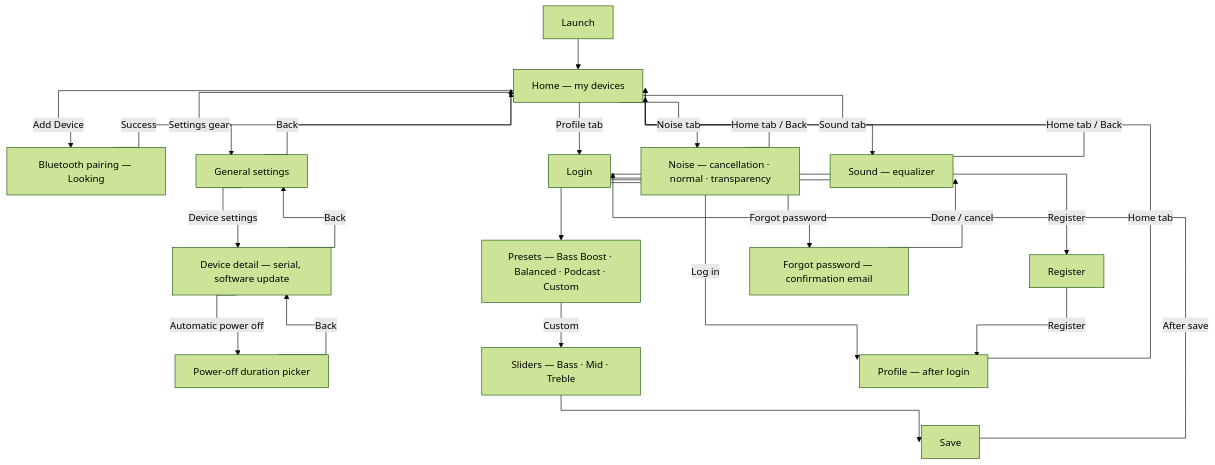
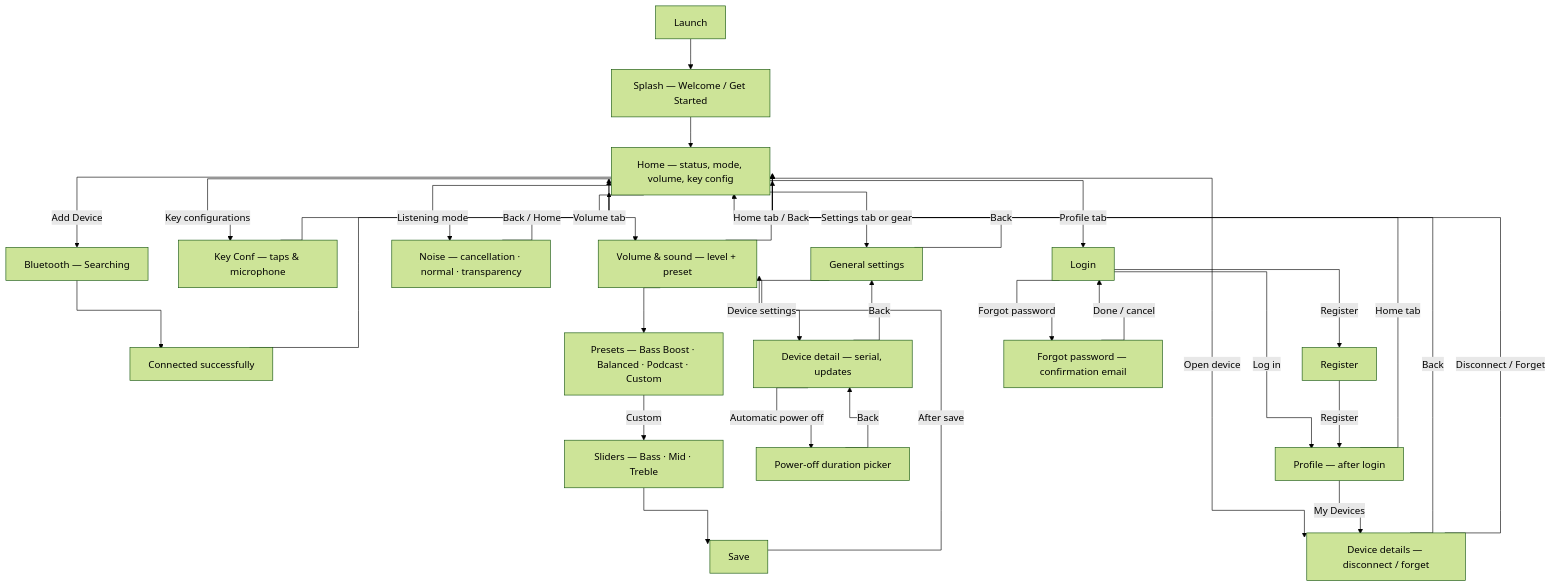
The diagram in docs/page-flows.md (yasinsez/ID-Ceng-Project), drawn with Mermaid (forest theme) before and after one commit. The commit also changed other lines of this file and 4 other files, not shown here.

````diff
--- a/docs/page-flows.md
+++ b/docs/page-flows.md
@@ -16,33 +20,43 @@
 ```mermaid
 %%{init: {"flowchart": {"curve": "stepAfter"}}}%%
 flowchart TD
-    A[Launch] --> HOME[Home — my devices]
+    A[Launch] --> SPL[Splash — Welcome / Get Started]
+    SPL --> HOME[Home — status, mode, volume, key config]
 
-    HOME -->|Add Device| BT[Bluetooth pairing — Looking]
-    BT -->|Success| HOME
+    HOME -->|Add Device| BT[Bluetooth — Searching]
+    BT --> OK[Connected successfully]
+    OK --> HOME
 
-    HOME -->|Settings gear| F[General settings]
-    F -->|Device settings| G[Device detail — serial, software update]
+    HOME -->|Key configurations| KC[Key Conf — taps & microphone]
+    KC --> HOME
+
+    HOME -->|Volume tab| VOL[Volume & sound — level + preset]
+    VOL --> SP[Presets — Bass Boost · Balanced · Podcast · Custom]
+    SP -->|Custom| SL[Sliders — Bass · Mid · Treble]
+    SL --> SV[Save]
+    SV -->|After save| VOL
+    VOL -->|Home tab / Back| HOME
+
+    HOME -->|Listening mode| NZ[Noise — cancellation · normal · transparency]
+    NZ -->|Back / Home| HOME
+
+    HOME -->|Settings tab or gear| F[General settings]
+    F -->|Device settings| G[Device detail — serial, updates]
     G -->|Automatic power off| H[Power-off duration picker]
     H -->|Back| G
     G -->|Back| F
     F -->|Back| HOME
-
-    HOME -->|Sound tab| SND[Sound — equalizer]
-    SND --> SP[Presets — Bass Boost · Balanced · Podcast · Custom]
-    SP -->|Custom| SL[Sliders — Bass · Mid · Treble]
-    SL --> SV[Save]
-    SV -->|After save| SND
-    SND -->|Home tab / Back| HOME
-
-    HOME -->|Noise tab| NZ[Noise — cancellation · normal · transparency]
-    NZ -->|Home tab / Back| HOME
 
     HOME -->|Profile tab| P[Login]
     P -->|Register| R[Register]
     P -->|Forgot password| FP[Forgot password — confirmation email]
     P -->|Log in| PL[Profile — after login]
     R -->|Register| PL
     FP -->|Done / cancel| P
     PL -->|Home tab| HOME
+
+    HOME -->|Open device| DD[Device details — disconnect / forget]
+    PL -->|My Devices| DD
+    DD -->|Back| HOME
+    DD -->|Disconnect / Forget| HOME
 ```
````
